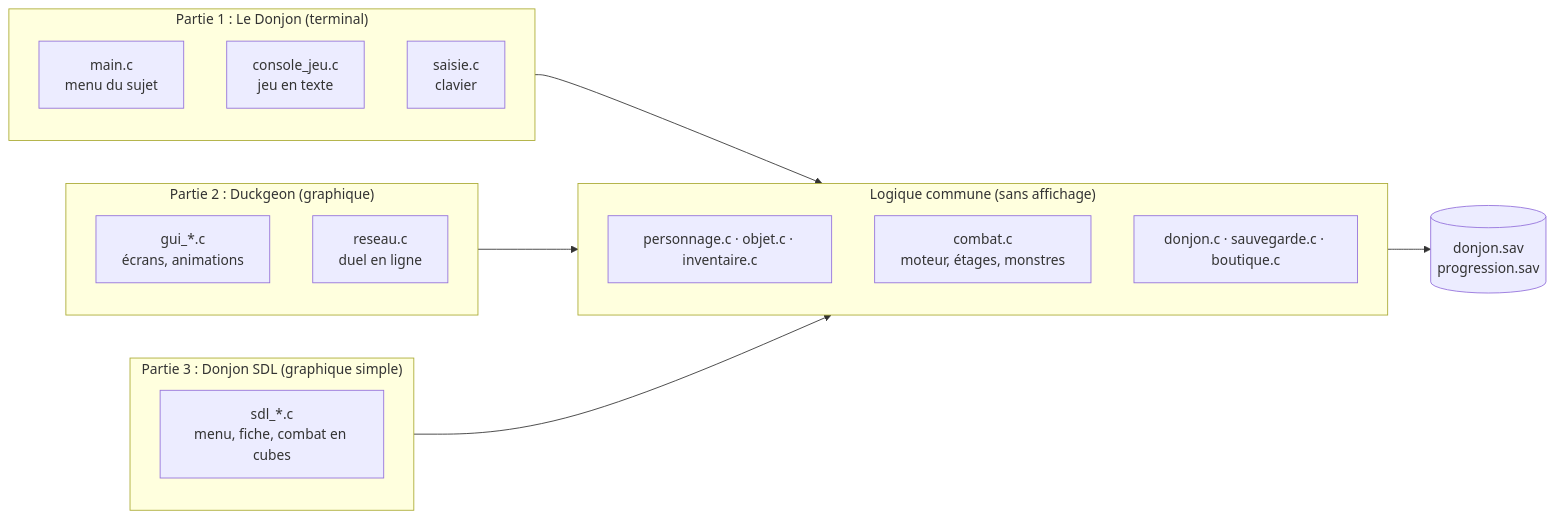
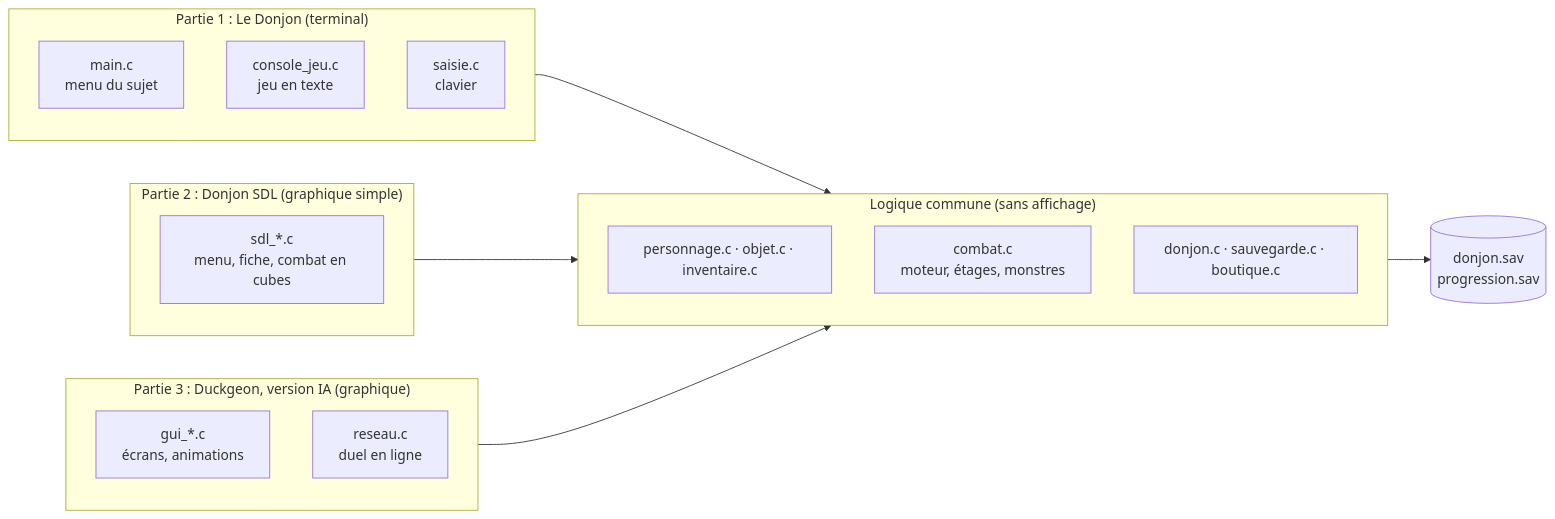
One commit to evomerse/duckgeon changed diagram 15 of 15 in README.md. Above: the diagram before and after it, drawn with Mermaid. The commit also changed other lines of this file, not shown here.

Commit message:
Relecture et correction du README : Donjon SDL en partie 2, Duckgeon en partie 3 (version IA)

````diff
--- a/README.md
+++ b/README.md
@@ -1325,24 +1342,24 @@
 ```mermaid
 flowchart LR
     subgraph P1["Partie 1 : Le Donjon (terminal)"]
         M["main.c<br/>menu du sujet"]
         CJ["console_jeu.c<br/>jeu en texte"]
         SA["saisie.c<br/>clavier"]
     end
     subgraph COMMUN["Logique commune (sans affichage)"]
         PE["personnage.c · objet.c · inventaire.c"]
         CO["combat.c<br/>moteur, étages, monstres"]
         DO["donjon.c · sauvegarde.c · boutique.c"]
     end
-    subgraph P2["Partie 2 : Duckgeon (graphique)"]
+    subgraph P2["Partie 2 : Donjon SDL (graphique simple)"]
+        S["sdl_*.c<br/>menu, fiche, combat en cubes"]
+    end
+    subgraph P3["Partie 3 : Duckgeon, version IA (graphique)"]
         G["gui_*.c<br/>écrans, animations"]
         R["reseau.c<br/>duel en ligne"]
-    end
-    subgraph P3["Partie 3 : Donjon SDL (graphique simple)"]
-        S["sdl_*.c<br/>menu, fiche, combat en cubes"]
     end
     P1 --> COMMUN
     P2 --> COMMUN
     P3 --> COMMUN
     COMMUN --> F[("donjon.sav<br/>progression.sav")]
 ```
````
